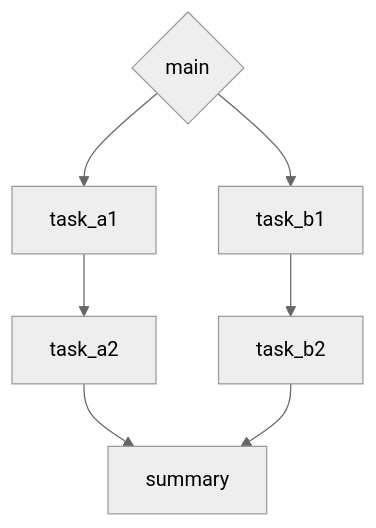
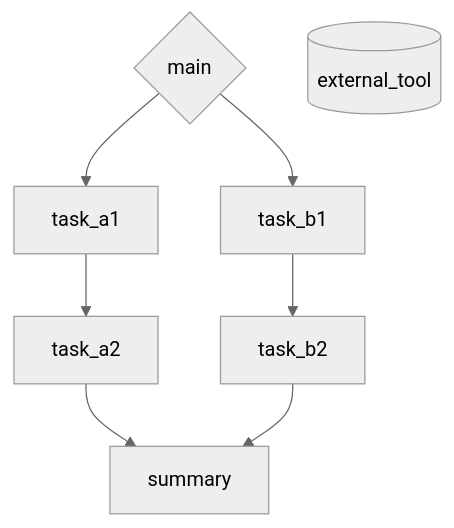
One commit to mashiike/estellm changed the diagram in testdata/fixtures/structure/decision.golden.md. Above: the diagram before and after it, drawn with Mermaid (neutral theme). The commit also changed 14 other files, not shown here.

Commit message:
add external tool interface

````diff
--- a/testdata/fixtures/structure/decision.golden.md
+++ b/testdata/fixtures/structure/decision.golden.md
@@ -1,15 +1,16 @@
 ```mermaid
 flowchart TD
     A0{main}
     A1[summary]
     A2[task_a1]
     A3[task_a2]
     A4[task_b1]
     A5[task_b2]
+    C0[(external_tool)]
     A0 --> A2
     A0 --> A4
     A2 --> A3
     A3 --> A1
     A4 --> A5
     A5 --> A1
 ```
````
